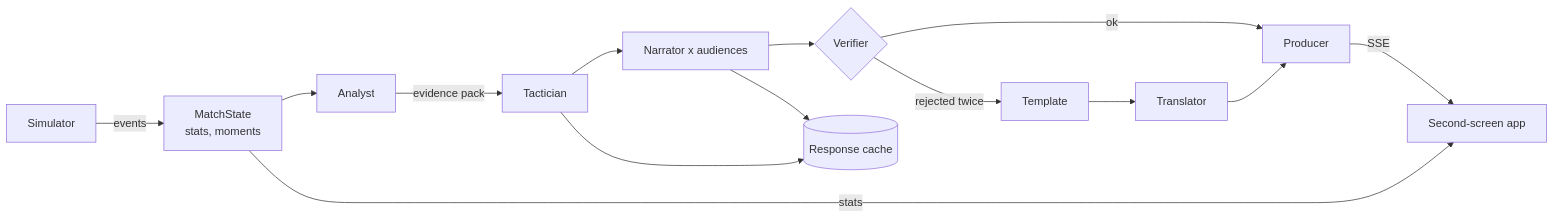
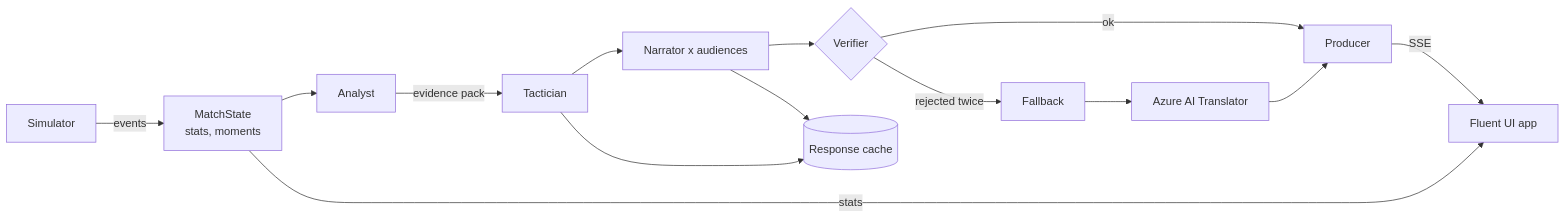
One commit to boss2236/matchday-crew changed the diagram in README.md. Above: the diagram before and after it, drawn with Mermaid. The commit also changed other lines of this file and 84 other files, not shown here.

First line of the commit message:
Migrate to TypeScript and rebuild the app with Fluent UI

````diff
--- a/README.md
+++ b/README.md
@@ -37,13 +37,13 @@
 ```mermaid
 flowchart LR
   S[Simulator] -->|events| M[MatchState<br/>stats, moments]
   M --> A[Analyst]
   A -->|evidence pack| T[Tactician]
   T --> N[Narrator x audiences]
   N --> V{Verifier}
   V -->|ok| P[Producer]
-  V -->|rejected twice| F[Template] --> L[Translator] --> P
-  P -->|SSE| UI[Second-screen app]
+  V -->|rejected twice| F[Fallback] --> L[Azure AI Translator] --> P
+  P -->|SSE| UI[Fluent UI app]
   M -->|stats| UI
   T & N --> C[(Response cache)]
 ```
````
